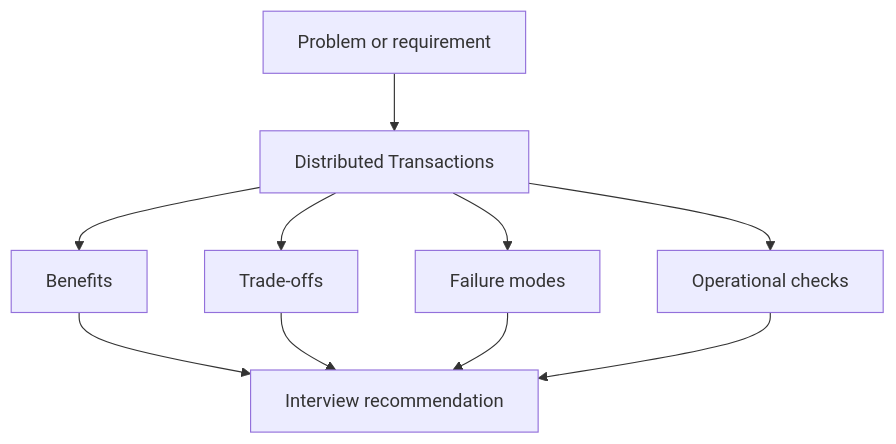
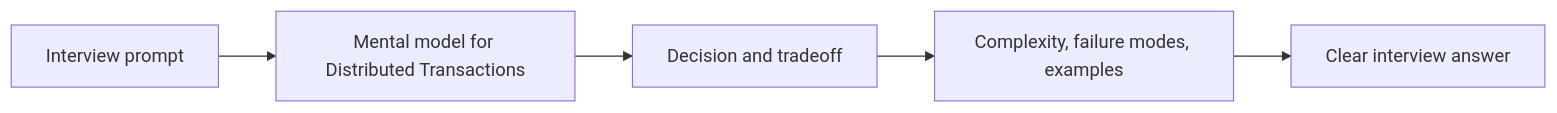
One commit to abstractinterviews/abstractinterviews.github.io changed the diagram in components/databases/distributed-transactions/index.md. Above: the diagram before and after it, drawn with Mermaid. The commit also changed other lines of this file and 278 other files, not shown here.

````diff
--- a/components/databases/distributed-transactions/index.md
+++ b/components/databases/distributed-transactions/index.md
@@ -104,12 +96,7 @@
-~~~mermaid
-flowchart TD
-    Problem["Problem or requirement"] --> Concept["Distributed Transactions"]
-    Concept --> Benefits["Benefits"]
-    Concept --> Tradeoffs["Trade-offs"]
-    Concept --> FailureModes["Failure modes"]
-    Concept --> Operations["Operational checks"]
-    Benefits --> Decision["Interview recommendation"]
-    Tradeoffs --> Decision
-    FailureModes --> Decision
-    Operations --> Decision
-~~~
+```mermaid
+flowchart LR
+    Problem["Interview prompt"] --> Model["Mental model for Distributed Transactions"]
+    Model --> Choice["Decision and tradeoff"]
+    Choice --> Evidence["Complexity, failure modes, examples"]
+    Evidence --> Answer["Clear interview answer"]
+```
````
